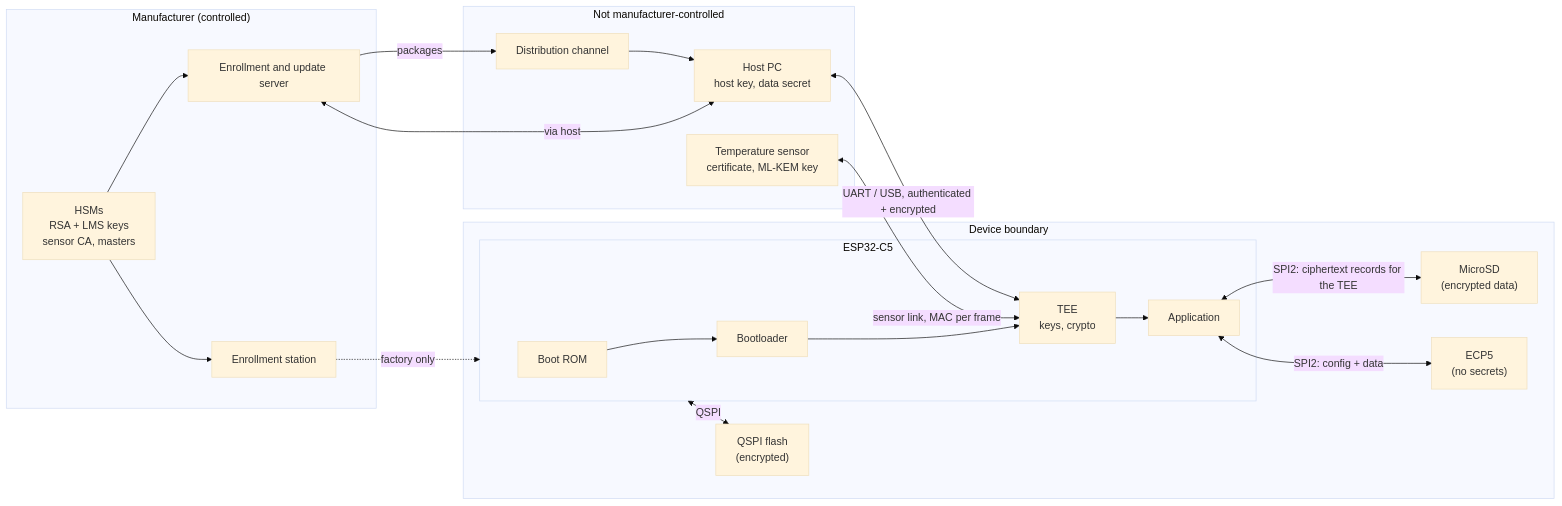
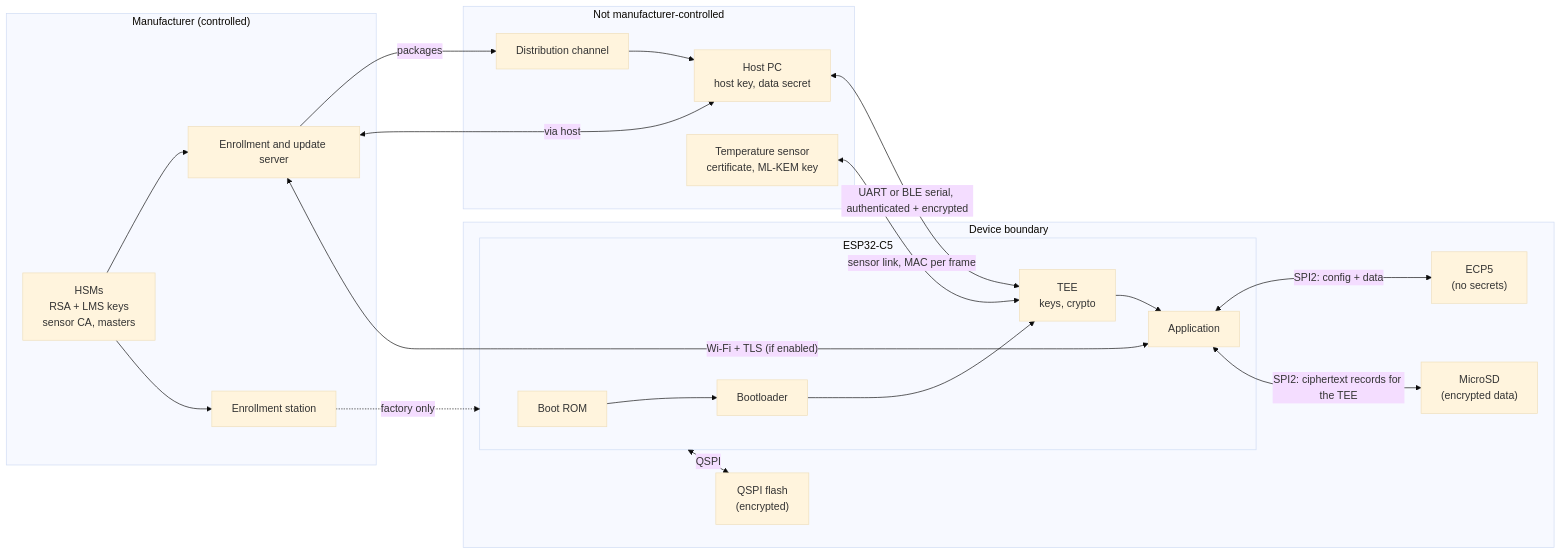
One commit to bradleyeckert/thriller changed the diagram in doc/fda.md. Above: the diagram before and after it, drawn with Mermaid (base theme). The commit also changed other lines of this file and 8 other files, not shown here.

First line of the commit message:
Add OTA updates over Wi-Fi, CLI over a BLE serial service, UART status and fallback

````diff
--- a/doc/fda.md
+++ b/doc/fda.md
@@ -51,35 +52,36 @@
 ```mermaid
 flowchart LR
   subgraph MFR["Manufacturer (controlled)"]
     HSM["HSMs<br/>RSA + LMS keys<br/>sensor CA, masters"]
     SRV["Enrollment and update server"]
     MFG["Enrollment station"]
   end
   subgraph EXT["Not manufacturer-controlled"]
     DIST["Distribution channel"]
     HOST["Host PC<br/>host key, data secret"]
     SENS["Temperature sensor<br/>certificate, ML-KEM key"]
   end
   subgraph DEV["Device boundary"]
     subgraph C5["ESP32-C5"]
       ROM["Boot ROM"]
       BL["Bootloader"]
       TEE["TEE<br/>keys, crypto"]
       APP["Application"]
     end
     FL["QSPI flash<br/>(encrypted)"]
     SD["MicroSD<br/>(encrypted data)"]
     FPGA["ECP5<br/>(no secrets)"]
   end
   HSM --> SRV
   HSM --> MFG
   SRV -->|packages| DIST --> HOST
   SRV <-->|"via host"| HOST
-  HOST <-->|"UART / USB, authenticated + encrypted"| TEE
+  HOST <-->|"UART or BLE serial, authenticated + encrypted"| TEE
+  SRV <-->|"Wi-Fi + TLS (if enabled)"| APP
   SENS <-->|"sensor link, MAC per frame"| TEE
   MFG -.->|"factory only"| C5
   ROM --> BL --> TEE --> APP
   C5 <-->|"QSPI"| FL
   APP <-->|"SPI2: config + data"| FPGA
   APP <-->|"SPI2: ciphertext records for the TEE"| SD
 ```
````
